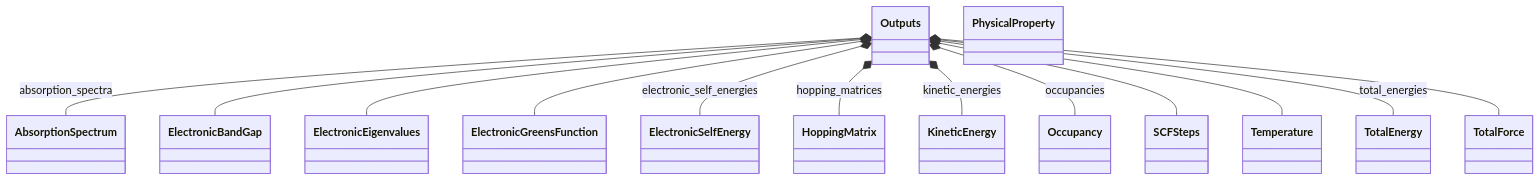
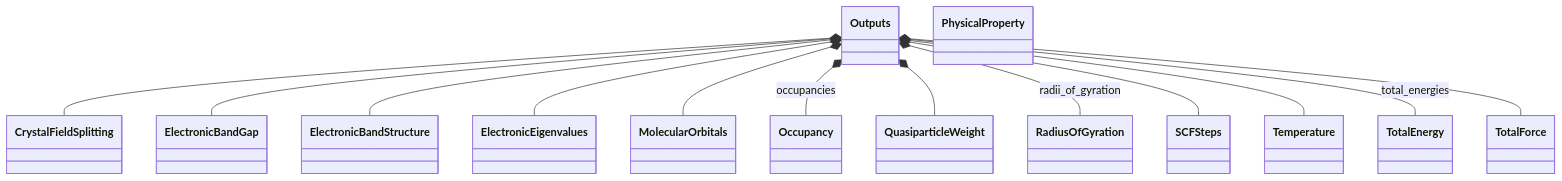
One commit to FAIRmat-NFDI/nomad-simulations changed the first of 2 diagrams in docs/schema/outputs.diagram.md. Above: the diagram before and after it, drawn with Mermaid. The commit also changed 11 other files, not shown here.

First line of the commit message:
Phonon schema updates (#395)

````diff
--- a/docs/schema/outputs.diagram.md
+++ b/docs/schema/outputs.diagram.md
@@ -14,43 +14,43 @@
 ```mermaid
 classDiagram
-    class AbsorptionSpectrum {
+    class CrystalFieldSplitting {
     }
     class ElectronicBandGap {
     }
+    class ElectronicBandStructure {
+    }
     class ElectronicEigenvalues {
     }
-    class ElectronicGreensFunction {
-    }
-    class ElectronicSelfEnergy {
-    }
-    class HoppingMatrix {
-    }
-    class KineticEnergy {
+    class MolecularOrbitals {
     }
     class Occupancy {
     }
     class Outputs {
     }
     class PhysicalProperty {
+    }
+    class QuasiparticleWeight {
+    }
+    class RadiusOfGyration {
     }
     class SCFSteps {
     }
     class Temperature {
     }
     class TotalEnergy {
     }
     class TotalForce {
     }
-    Outputs *-- AbsorptionSpectrum : absorption_spectra
+    Outputs *-- CrystalFieldSplitting
     Outputs *-- ElectronicBandGap
+    Outputs *-- ElectronicBandStructure
     Outputs *-- ElectronicEigenvalues
-    Outputs *-- ElectronicGreensFunction
-    Outputs *-- ElectronicSelfEnergy : electronic_self_energies
-    Outputs *-- HoppingMatrix : hopping_matrices
-    Outputs *-- KineticEnergy : kinetic_energies
+    Outputs *-- MolecularOrbitals
     Outputs *-- Occupancy : occupancies
+    Outputs *-- QuasiparticleWeight
+    Outputs *-- RadiusOfGyration : radii_of_gyration
     Outputs *-- SCFSteps
     Outputs *-- Temperature
     Outputs *-- TotalEnergy : total_energies
     Outputs *-- TotalForce
 ```
````
